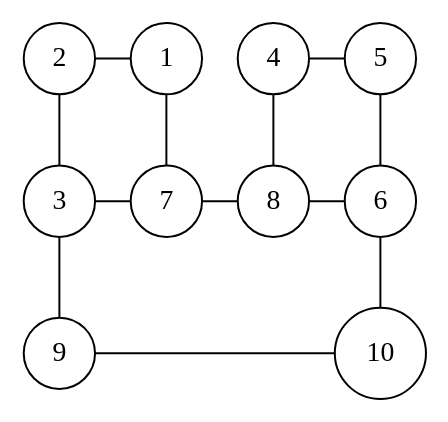
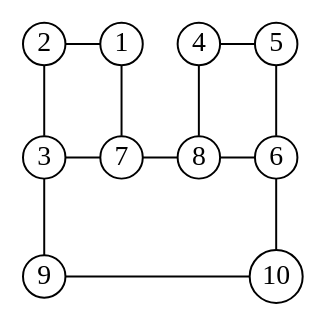
The diagram in img/graph-2.dot (flyingleafe/itmo-ctd-msc-thesis), drawn with Graphviz before and after one commit. The commit also changed 8 other files, not shown here.

```diff
--- a/img/graph-2.dot
+++ b/img/graph-2.dot
@@ -1,34 +1,34 @@
 graph G {
-node [shape="circle"]
+node [shape="circle" margin=0 width=0 height=0]
     n1 [label="1"]
     n2 [label="2"]
     n3 [label="3"]
     n4 [label="4"]
     n5 [label="5"]
     n6 [label="6"]
     n7 [label="7"]
     n8 [label="8"]
     n9 [label="9"]
     n10 [label="10"]
 
     n2 -- n1 
     n4 -- n5 
     n3 -- n7
     n7 -- n8
     n8 -- n6
     n2 -- n3
     n1 -- n7
     n4 -- n8
     n5 -- n6
     n3 -- n9 
     n6 -- n10
     n9 -- n10 [constraint=false]
 
     subgraph {rank=same; {n9, n10}}
     subgraph {
         {rank=same; {n3, n7, n8, n6}}
     }
     subgraph {
         {rank=same; {n2, n1, n4, n5}}
     }
 }
```
